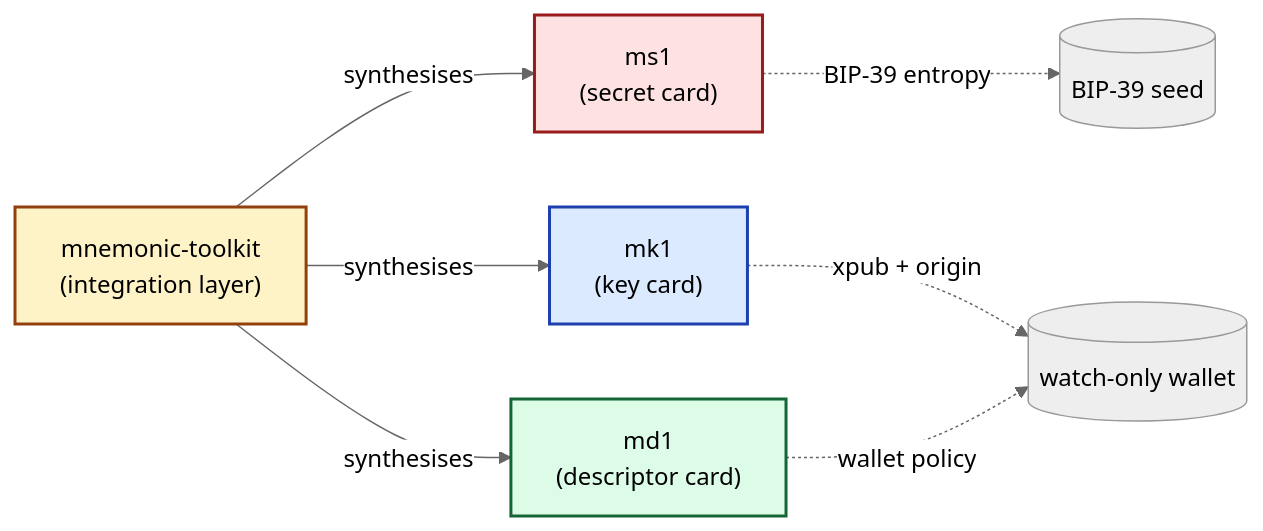
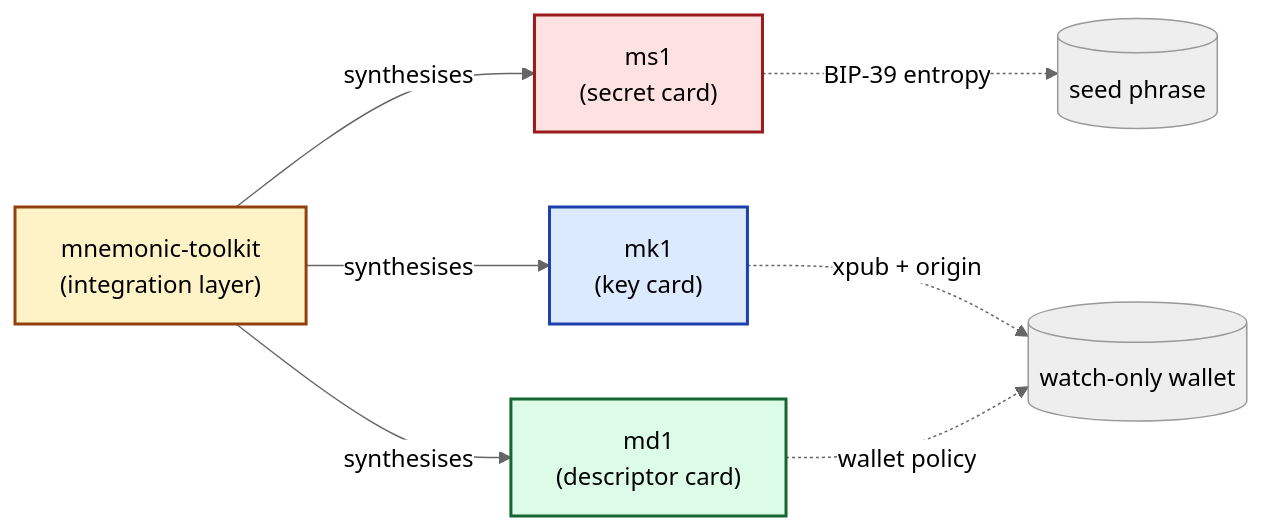
One commit to bg002h/mnemonic-toolkit changed the diagram in docs/manual/src/10-foundations/11-welcome.md. Above: the diagram before and after it, drawn with Mermaid (neutral theme). The commit also changed 16 other files, not shown here.

````diff
--- a/docs/manual/src/10-foundations/11-welcome.md
+++ b/docs/manual/src/10-foundations/11-welcome.md
@@ -11,19 +11,19 @@
 ```mermaid
 flowchart LR
   toolkit["mnemonic-toolkit<br/>(integration layer)"]:::layer
   ms1["ms1<br/>(secret card)"]:::secret
   mk1["mk1<br/>(key card)"]:::key
   md1["md1<br/>(descriptor card)"]:::desc
 
   toolkit -- "synthesises" --> ms1
   toolkit -- "synthesises" --> mk1
   toolkit -- "synthesises" --> md1
-  ms1 -. "BIP-39 entropy" .-> seed[(BIP-39 seed)]
+  ms1 -. "BIP-39 entropy" .-> phrase[(seed phrase)]
   mk1 -. "xpub + origin" .-> wallet[(watch-only wallet)]
   md1 -. "wallet policy" .-> wallet
 
   classDef layer fill:#fef3c7,stroke:#92400e,stroke-width:2px
   classDef secret fill:#fee2e2,stroke:#991b1b,stroke-width:2px
   classDef key fill:#dbeafe,stroke:#1e40af,stroke-width:2px
   classDef desc fill:#dcfce7,stroke:#166534,stroke-width:2px
 ```
````
